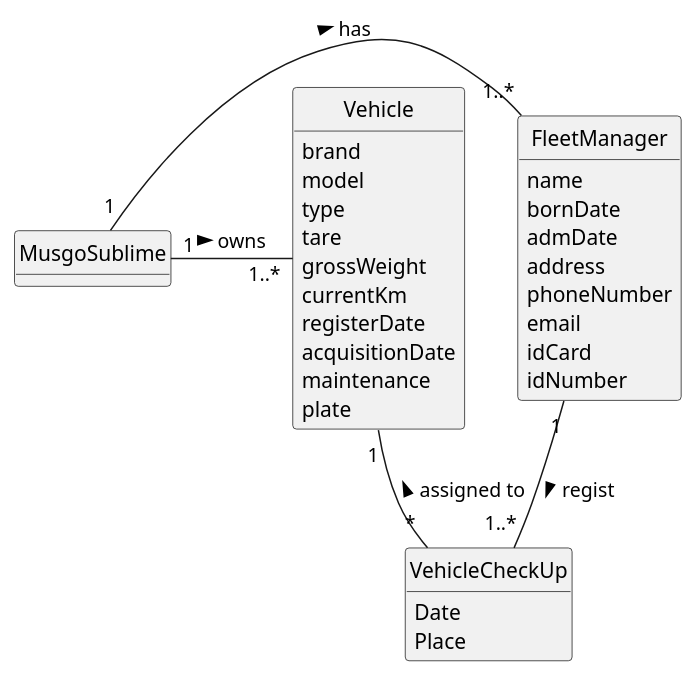
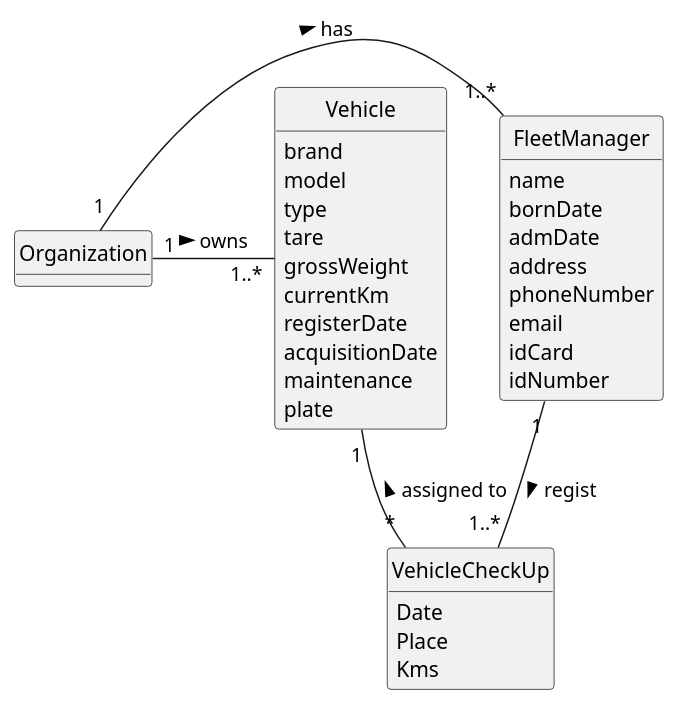
Before and after one commit to 1231360-ISEP/lei-24-s2-1db-g021: the diagram in docs/sprintA/us007/02.analysis/puml/us007-domain-model.puml, drawn with PlantUML. The commit also changed 7 other files, not shown here.

```diff
--- a/docs/sprintA/us007/02.analysis/puml/us007-domain-model.puml
+++ b/docs/sprintA/us007/02.analysis/puml/us007-domain-model.puml
@@ -1,47 +1,48 @@
 @startuml
 skinparam monochrome true
 skinparam packageStyle rectangle
 skinparam shadowing false
 
 skinparam classAttributeIconSize 0
 
 hide circle
 hide methods
 
-class MusgoSublime {
+class Organization {
 }
 
 class FleetManager {
     name
     bornDate
     admDate
     address
     phoneNumber
     email
     idCard
     idNumber
 }
 
 class Vehicle {
     brand
     model
     type
     tare
     grossWeight
     currentKm
     registerDate
     acquisitionDate
     maintenance
     plate
 }
 
 class VehicleCheckUp {
     Date
     Place
+    Kms
 }
 
-MusgoSublime "1" - "1..*" FleetManager: has >
-MusgoSublime "1" - "1..*" Vehicle: owns >
+Organization "1" - "1..*" FleetManager: has >
+Organization "1" - "1..*" Vehicle: owns >
 FleetManager "1" -- "1..*" VehicleCheckUp : regist >
 Vehicle "1" -- "*" VehicleCheckUp : assigned to <
 @enduml
```
